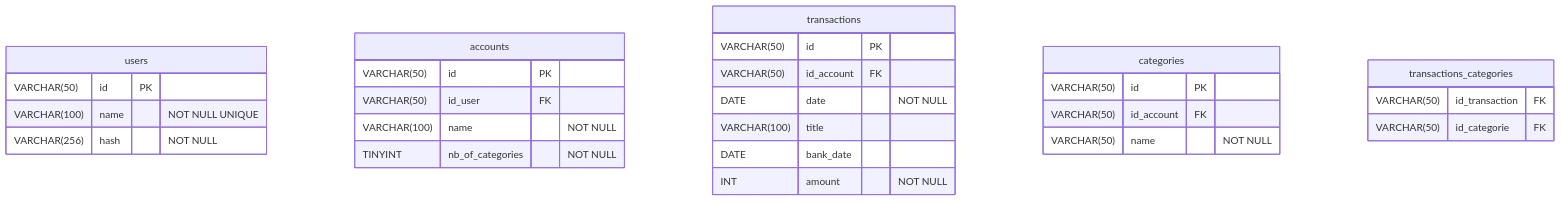
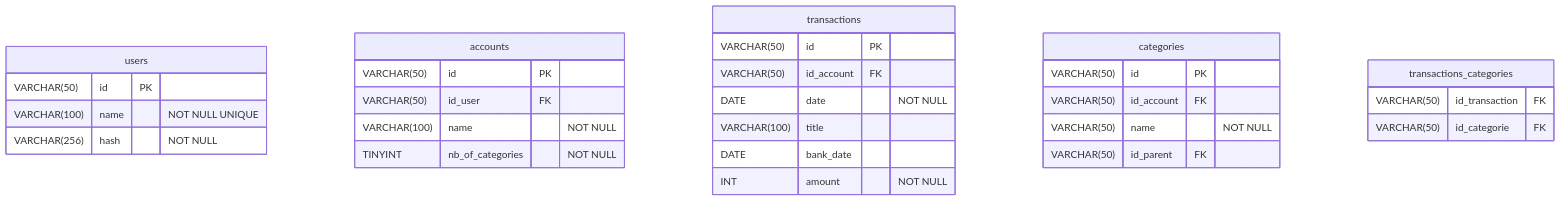
One commit to floalzaix/accounts changed the second of 3 diagrams in structure.md. Above: the diagram before and after it, drawn with Mermaid. The commit also changed other lines of this file and 10 other files, not shown here.

````diff
--- a/structure.md
+++ b/structure.md
@@ -79,31 +81,32 @@
     ```mermaid
             erDiagram
                 users {
                     VARCHAR(50) id PK
                     VARCHAR(100) name "NOT NULL UNIQUE"
                     VARCHAR(256) hash "NOT NULL"
                 }
                 accounts {
                     VARCHAR(50) id PK
                     VARCHAR(50) id_user FK
                     VARCHAR(100) name "NOT NULL"
                     TINYINT nb_of_categories "NOT NULL"
                 }
                 transactions {
                     VARCHAR(50) id PK
                     VARCHAR(50) id_account FK
                     DATE date "NOT NULL"
                     VARCHAR(100) title 
                     DATE bank_date 
                     INT amount "NOT NULL"
                 }
                 categories {
                     VARCHAR(50) id PK
                     VARCHAR(50) id_account FK
                     VARCHAR(50) name "NOT NULL"
+                    VARCHAR(50) id_parent FK
                 }
                 transactions_categories {
                     VARCHAR(50) id_transaction FK 
                     VARCHAR(50) id_categorie FK
                 }
     ```
````
